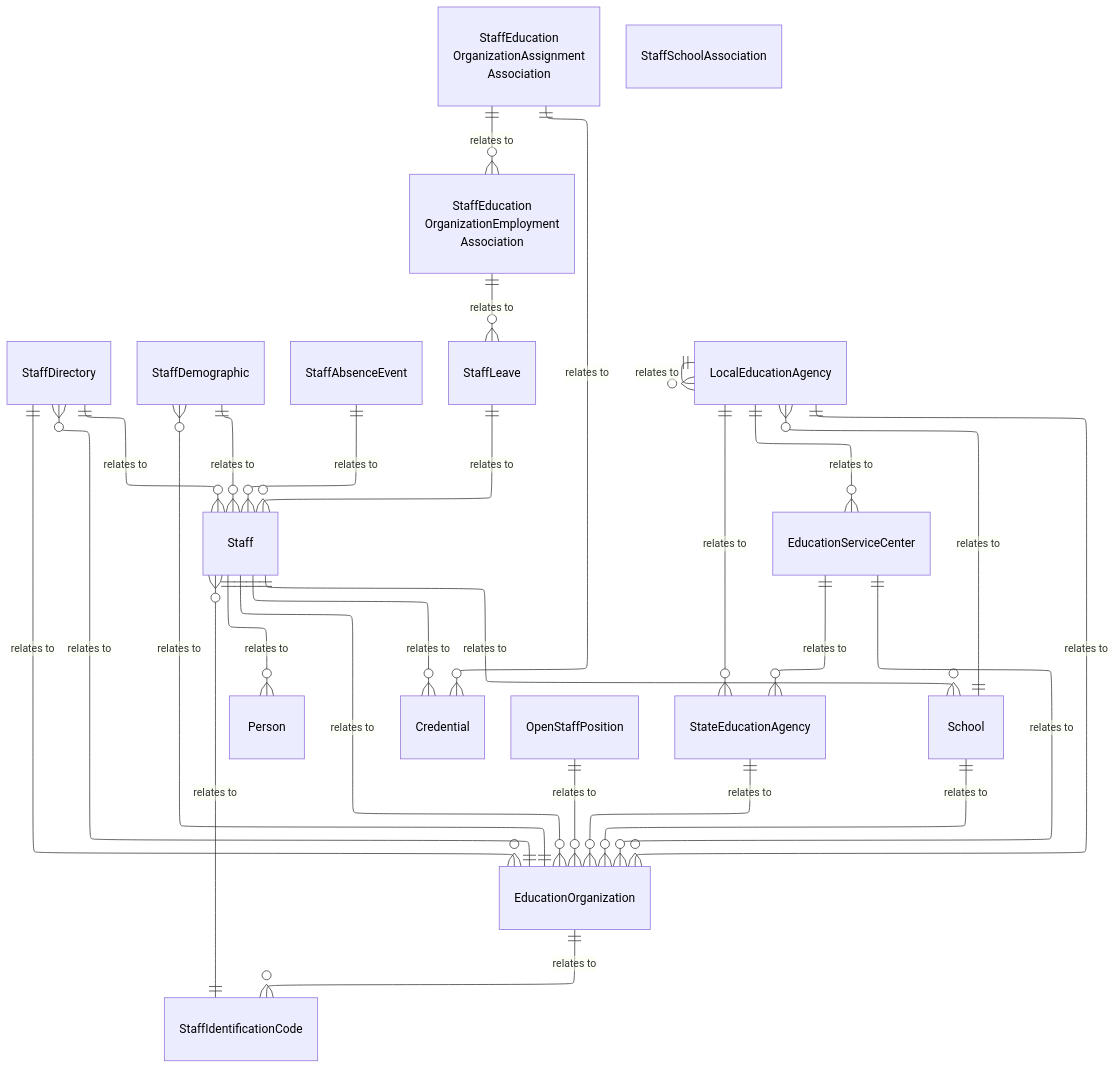
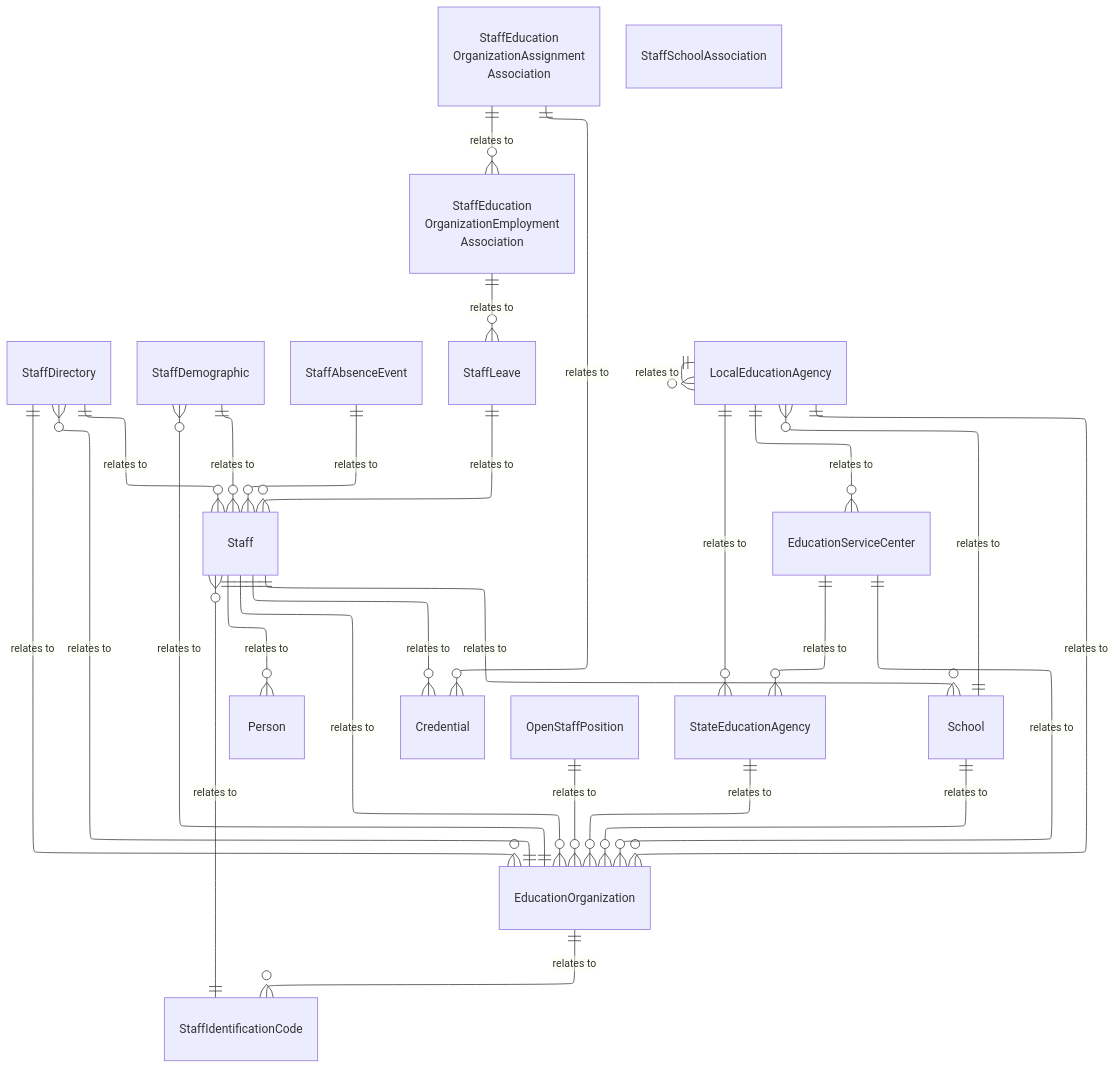
One commit to Ed-Fi-Alliance-OSS/ed-fi-alliance-oss.github.io changed the diagram in dataStandard_versioned_docs/version-6/model-reference/staff-domain/model-diagrams.md. Above: the diagram before and after it, drawn with Mermaid. The commit also changed 24 other files, not shown here.

````diff
--- a/dataStandard_versioned_docs/version-6/model-reference/staff-domain/model-diagrams.md
+++ b/dataStandard_versioned_docs/version-6/model-reference/staff-domain/model-diagrams.md
@@ -75,21 +75,4 @@
     EducationServiceCenter ||--o{ EducationOrganization : "relates to"
     EducationServiceCenter ||--o{ StateEducationAgency : "relates to"
     StateEducationAgency ||--o{ EducationOrganization : "relates to"
-    style Staff color:#000000
-    style StaffIdentificationCode color:#000000
-    style StaffDirectory color:#000000
-    style StaffDemographic color:#000000
-    style Person color:#000000
-    style Credential color:#000000
-    style StaffAbsenceEvent color:#000000
-    style StaffLeave color:#000000
-    style StaffEducationOrganizationEmploymentAssociation color:#000000
-    style StaffEducationOrganizationAssignmentAssociation color:#000000
-    style StaffSchoolAssociation color:#000000
-    style OpenStaffPosition color:#000000
-    style EducationOrganization color:#000000
-    style EducationServiceCenter color:#000000
-    style LocalEducationAgency color:#000000
-    style StateEducationAgency color:#000000
-    style School color:#000000
 ```
````
